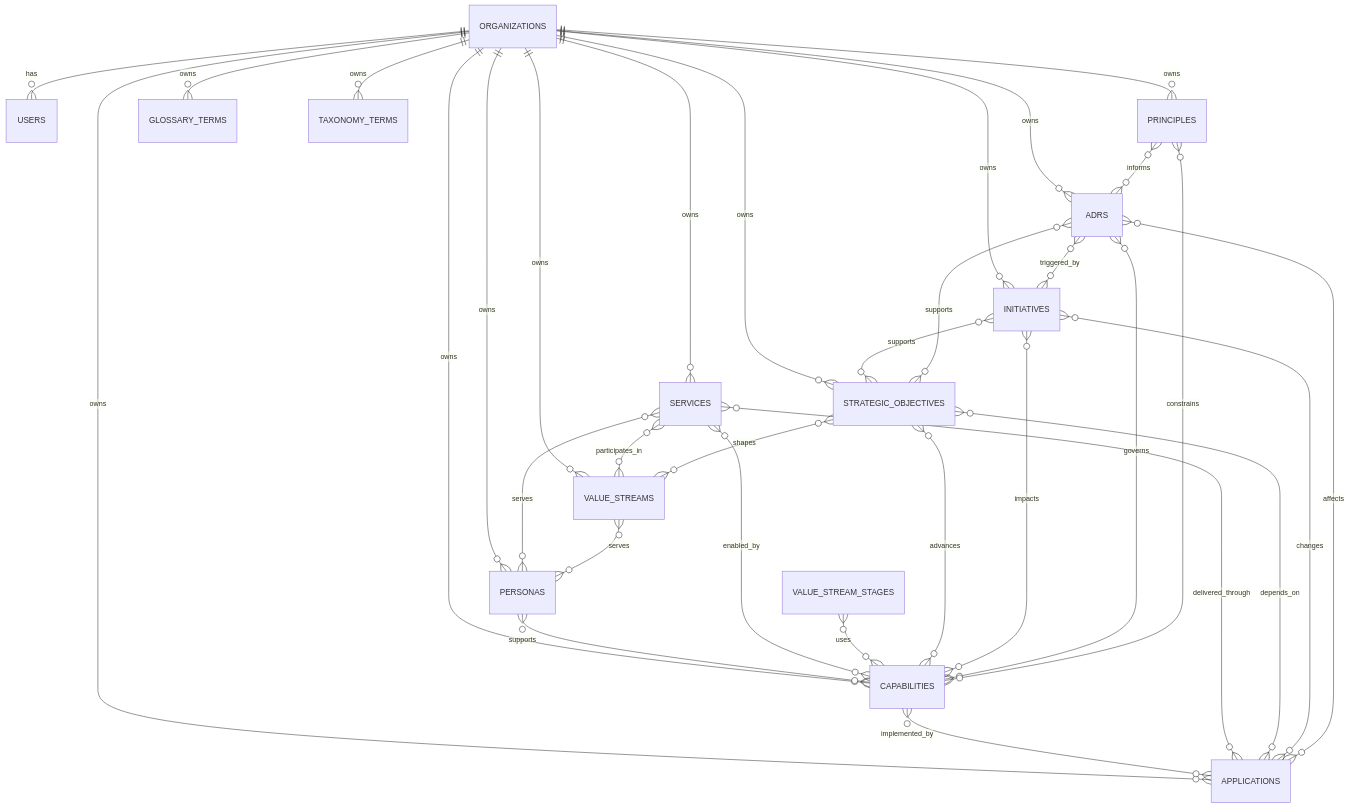
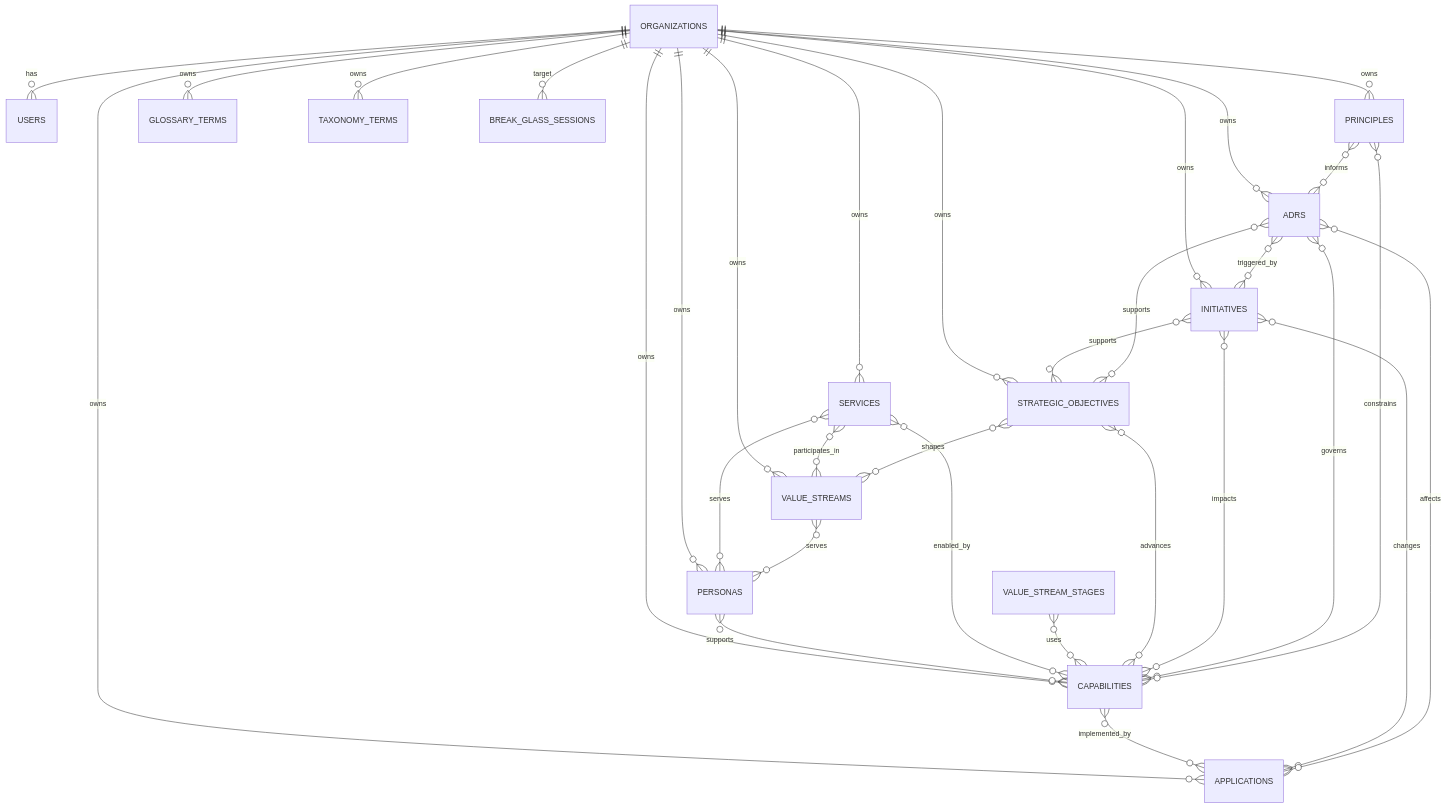
One commit to roballred/GovEA changed the diagram in docs/data-model.md. Above: the diagram before and after it, drawn with Mermaid. The commit also changed other lines of this file, not shown here.

````diff
--- a/docs/data-model.md
+++ b/docs/data-model.md
@@ -40,36 +42,35 @@
 ```mermaid
 erDiagram
   ORGANIZATIONS ||--o{ USERS : has
   ORGANIZATIONS ||--o{ PERSONAS : owns
   ORGANIZATIONS ||--o{ CAPABILITIES : owns
   ORGANIZATIONS ||--o{ APPLICATIONS : owns
   ORGANIZATIONS ||--o{ SERVICES : owns
   ORGANIZATIONS ||--o{ ADRS : owns
   ORGANIZATIONS ||--o{ VALUE_STREAMS : owns
   ORGANIZATIONS ||--o{ STRATEGIC_OBJECTIVES : owns
   ORGANIZATIONS ||--o{ INITIATIVES : owns
   ORGANIZATIONS ||--o{ PRINCIPLES : owns
   ORGANIZATIONS ||--o{ GLOSSARY_TERMS : owns
   ORGANIZATIONS ||--o{ TAXONOMY_TERMS : owns
+  ORGANIZATIONS ||--o{ BREAK_GLASS_SESSIONS : target
 
   PERSONAS }o--o{ CAPABILITIES : supports
   CAPABILITIES }o--o{ APPLICATIONS : implemented_by
   SERVICES }o--o{ PERSONAS : serves
   SERVICES }o--o{ CAPABILITIES : enabled_by
-  SERVICES }o--o{ APPLICATIONS : delivered_through
   SERVICES }o--o{ VALUE_STREAMS : participates_in
   VALUE_STREAMS }o--o{ PERSONAS : serves
   VALUE_STREAM_STAGES }o--o{ CAPABILITIES : uses
   STRATEGIC_OBJECTIVES }o--o{ CAPABILITIES : advances
   STRATEGIC_OBJECTIVES }o--o{ VALUE_STREAMS : shapes
-  STRATEGIC_OBJECTIVES }o--o{ APPLICATIONS : depends_on
   INITIATIVES }o--o{ CAPABILITIES : impacts
   INITIATIVES }o--o{ STRATEGIC_OBJECTIVES : supports
   INITIATIVES }o--o{ APPLICATIONS : changes
   ADRS }o--o{ CAPABILITIES : governs
   ADRS }o--o{ APPLICATIONS : affects
   ADRS }o--o{ INITIATIVES : triggered_by
   ADRS }o--o{ STRATEGIC_OBJECTIVES : supports
   PRINCIPLES }o--o{ ADRS : informs
   PRINCIPLES }o--o{ CAPABILITIES : constrains
 ```
````
